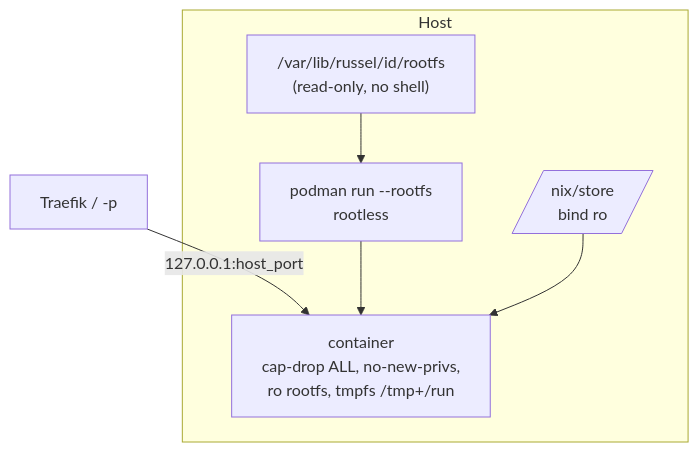
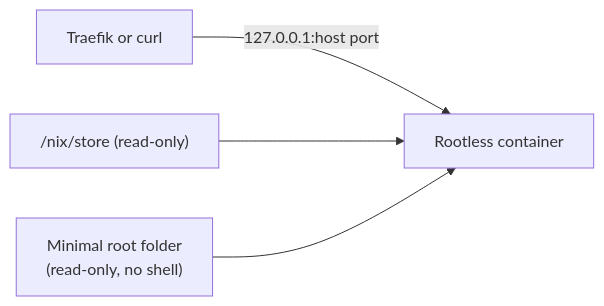
Before and after one commit to daschinmoy21/russel: the first of 2 diagrams in docs/concepts/runtimes.md, drawn with Mermaid. The commit also changed other lines of this file and 33 other files, not shown here.

First line of the commit message:
chore: sync russel-dev main (docs rewrite, pinned ingress port fix)

````diff
--- a/docs/concepts/runtimes.md
+++ b/docs/concepts/runtimes.md
@@ -86,13 +36,6 @@
 ```mermaid
-flowchart TB
-    subgraph Host
-        ROOTFS["/var/lib/russel/id/rootfs<br/>(read-only, no shell)"]
-        STORE[/nix/store<br/>bind ro/]
-        POD[podman run --rootfs<br/>rootless]
-        C[container<br/>cap-drop ALL, no-new-privs,<br/>ro rootfs, tmpfs /tmp+/run]
-    end
-    TRAEFIK[Traefik / -p] -->|127.0.0.1:host_port| C
-    POD --> C
-    ROOTFS --> POD
-    STORE --> C
+flowchart LR
+    TRAEFIK[Traefik or curl] -->|127.0.0.1:host port| C
+    STORE["/nix/store (read-only)"] --> C
+    ROOTFS["Minimal root folder<br/>(read-only, no shell)"] --> C[Rootless container]
 ```
````
